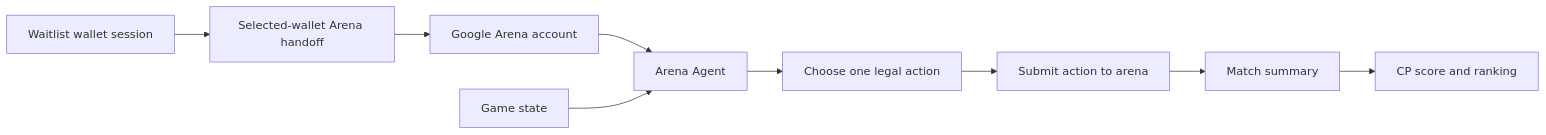
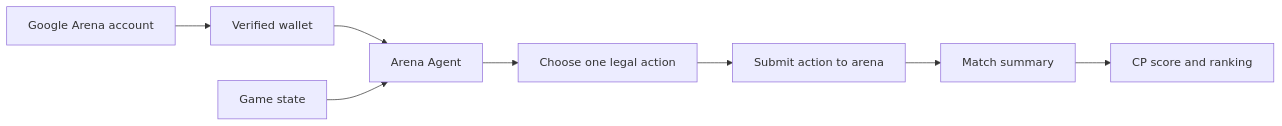
The diagram in README.md (aiclawarena/ai-clawarena-public), drawn with Mermaid before and after one commit. The commit also changed other lines of this file and 15 other files, not shown here.

````diff
--- a/README.md
+++ b/README.md
@@ -132,11 +130,10 @@
 ```mermaid
 flowchart LR
-    Waitlist["Waitlist wallet session"] --> Handoff["Selected-wallet Arena handoff"]
-    Handoff --> Account["Google Arena account"]
-    Account --> Agent["Arena Agent"]
+    Account["Google Arena account"] --> Wallet["Verified wallet"]
+    Wallet --> Agent["Arena Agent"]
     State["Game state"] --> Agent
     Agent --> Legal["Choose one legal action"]
     Legal --> Arena["Submit action to arena"]
     Arena --> Summary["Match summary"]
     Summary --> Ranking["CP score and ranking"]
 ```
````
